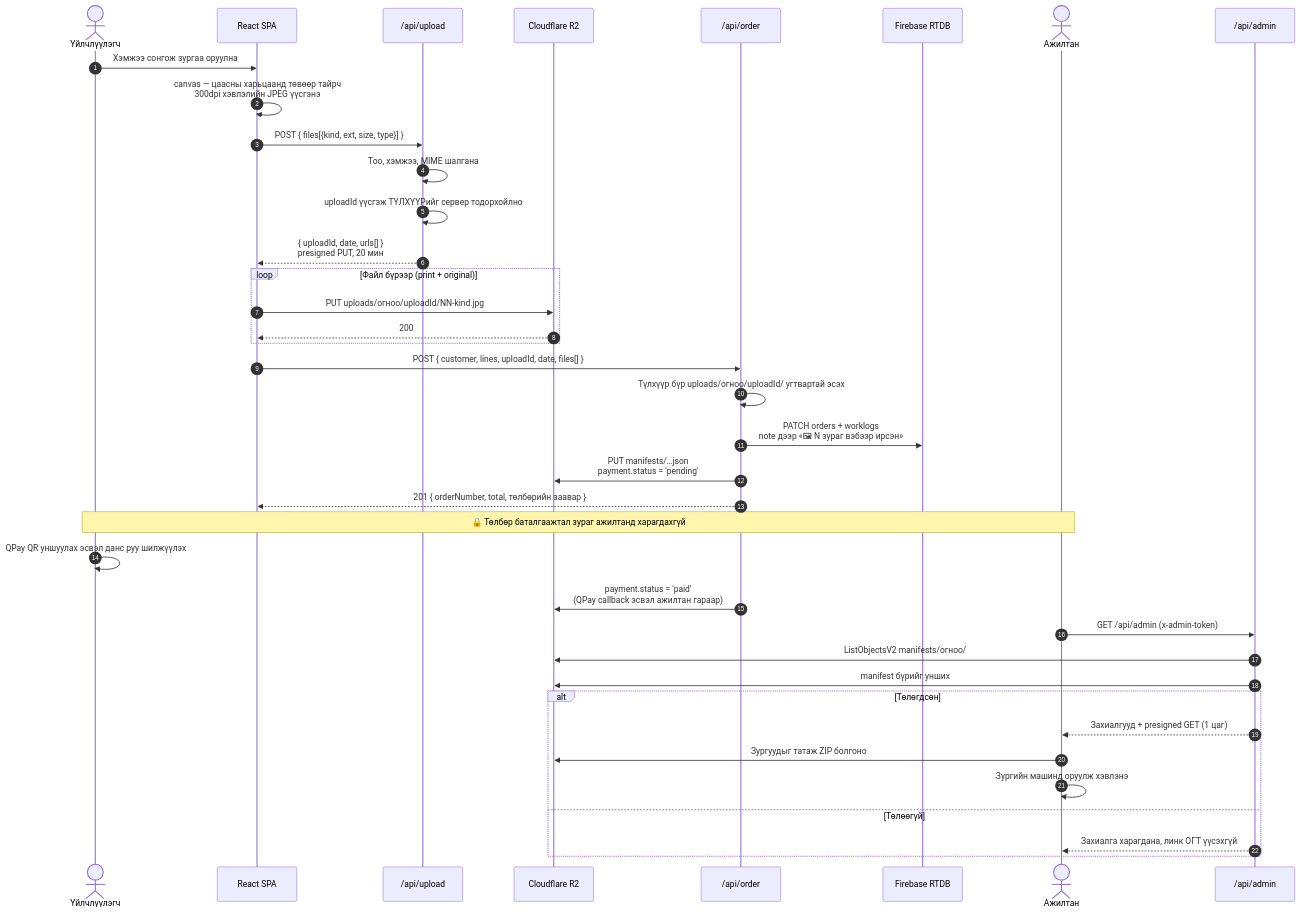
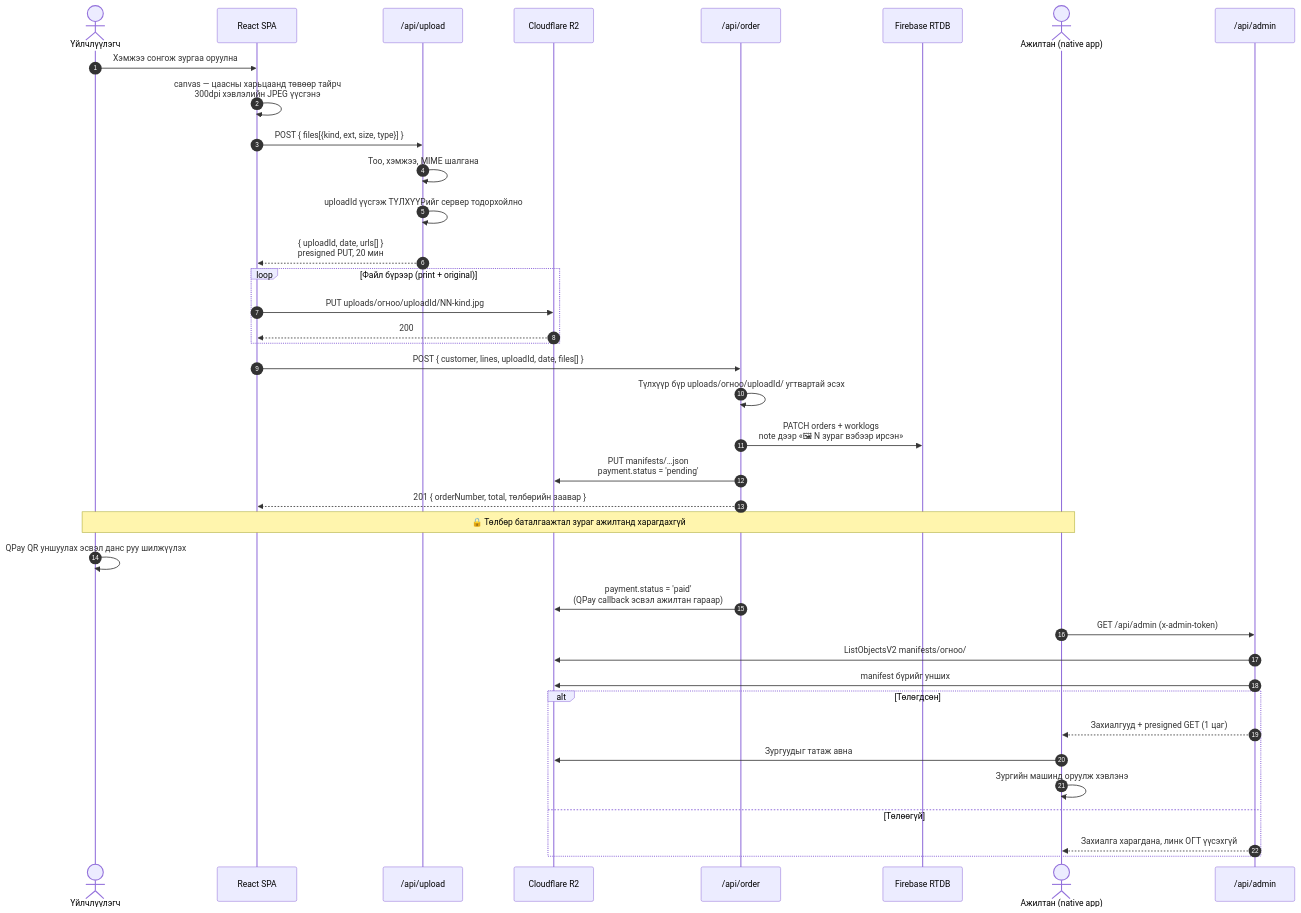
One commit to tushigakatsuki-ship-it/konica-web changed the third of 8 diagrams in docs/ARCHITECTURE.md. Above: the diagram before and after it, drawn with Mermaid. The commit also changed other lines of this file and 21 other files, not shown here.

````diff
--- a/docs/ARCHITECTURE.md
+++ b/docs/ARCHITECTURE.md
@@ -121,47 +122,47 @@
 ```mermaid
 sequenceDiagram
     autonumber
     actor U as Үйлчлүүлэгч
     participant W as React SPA
     participant Up as /api/upload
     participant R2 as Cloudflare R2
     participant A as /api/order
     participant F as Firebase RTDB
-    actor S as Ажилтан
+    actor S as Ажилтан (native app)
     participant Ad as /api/admin
 
     U->>W: Хэмжээ сонгож зургаа оруулна
     W->>W: canvas — цаасны харьцаанд төвөөр тайрч<br/>300dpi хэвлэлийн JPEG үүсгэнэ
 
     W->>Up: POST { files[{kind, ext, size, type}] }
     Up->>Up: Тоо, хэмжээ, MIME шалгана
     Up->>Up: uploadId үүсгэж ТҮЛХҮҮРийг сервер тодорхойлно
     Up-->>W: { uploadId, date, urls[] }<br/>presigned PUT, 20 мин
 
     loop Файл бүрээр (print + original)
         W->>R2: PUT uploads/огноо/uploadId/NN-kind.jpg
         R2-->>W: 200
     end
 
     W->>A: POST { customer, lines, uploadId, date, files[] }
     A->>A: Түлхүүр бүр uploads/огноо/uploadId/ угтвартай эсэх
     A->>F: PATCH orders + worklogs<br/>note дээр «🖼 N зураг вэбээр ирсэн»
     A->>R2: PUT manifests/…json<br/>payment.status = 'pending'
     A-->>W: 201 { orderNumber, total, төлбөрийн заавар }
 
     Note over U,S: 🔒 Төлбөр баталгаажтал зураг ажилтанд харагдахгүй
 
     U->>U: QPay QR уншуулах эсвэл данс руу шилжүүлэх
     A->>R2: payment.status = 'paid'<br/>(QPay callback эсвэл ажилтан гараар)
 
     S->>Ad: GET /api/admin (x-admin-token)
     Ad->>R2: ListObjectsV2 manifests/огноо/
     Ad->>R2: manifest бүрийг унших
     alt Төлөгдсөн
         Ad-->>S: Захиалгууд + presigned GET (1 цаг)
-        S->>R2: Зургуудыг татаж ZIP болгоно
+        S->>R2: Зургуудыг татаж авна
         S->>S: Зургийн машинд оруулж хэвлэнэ
     else Төлөөгүй
         Ad-->>S: Захиалга харагдана, линк ОГТ үүсэхгүй
     end
 ```
````
